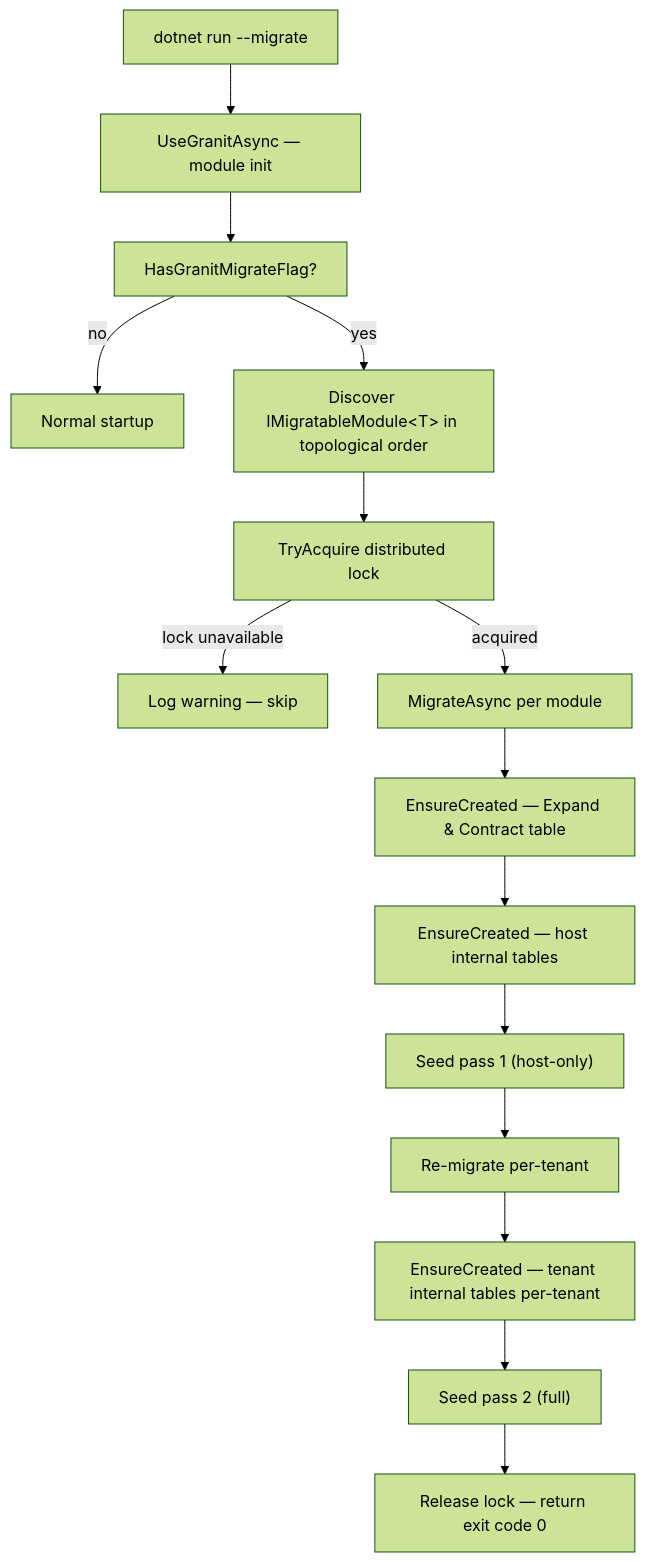
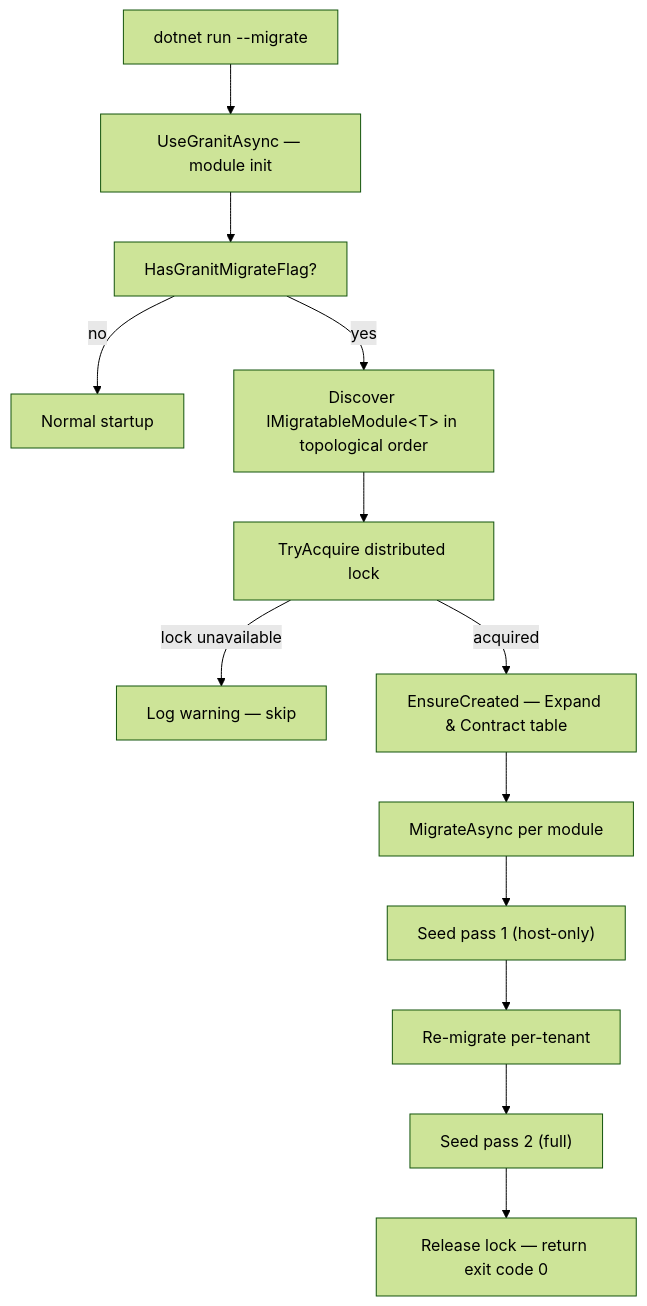
One commit to granit-fx/granit-dotnet changed the first of 2 diagrams in docs-site/src/content/docs/dotnet/data/migrations.mdx. Above: the diagram before and after it, drawn with Mermaid (forest theme). The commit also changed other lines of this file and 40 other files, not shown here.

First line of the commit message:
refactor(persistence): replace CreateTablesAsync ensurers with Configure*Module() migrations

````diff
--- a/docs-site/src/content/docs/dotnet/data/migrations.mdx
+++ b/docs-site/src/content/docs/dotnet/data/migrations.mdx
@@ -108,17 +108,15 @@
 ```mermaid
 flowchart TD
     A[dotnet run --migrate] --> B[UseGranitAsync — module init]
     B --> C[HasGranitMigrateFlag?]
     C -->|no| D[Normal startup]
     C -->|yes| E[Discover IMigratableModule&lt;T&gt; in topological order]
     E --> F[TryAcquire distributed lock]
     F -->|lock unavailable| G[Log warning — skip]
-    F -->|acquired| H[MigrateAsync per module]
-    H --> I[EnsureCreated — Expand & Contract table]
-    I --> L1[EnsureCreated — host internal tables]
-    L1 --> J1["Seed pass 1 (host-only)"]
+    F -->|acquired| I[EnsureCreated — Expand & Contract table]
+    I --> H[MigrateAsync per module]
+    H --> J1["Seed pass 1 (host-only)"]
     J1 --> M[Re-migrate per-tenant]
-    M --> L2[EnsureCreated — tenant internal tables per-tenant]
-    L2 --> J2["Seed pass 2 (full)"]
+    M --> J2["Seed pass 2 (full)"]
     J2 --> K[Release lock — return exit code 0]
 ```
````
